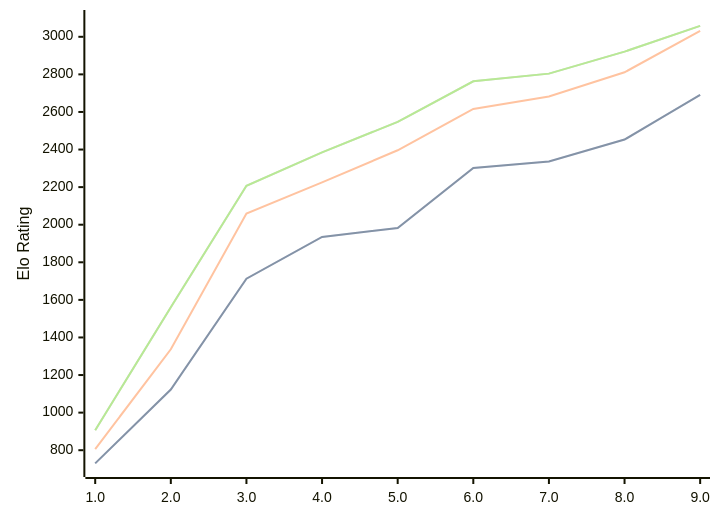
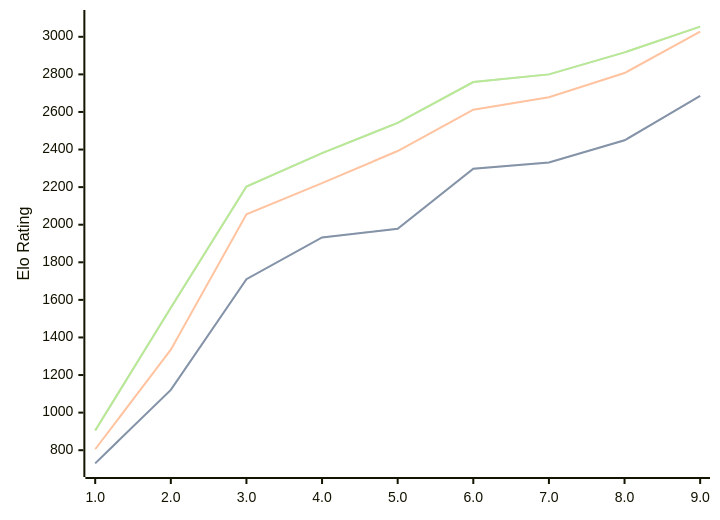
Before and after one commit to computer-chess-index/cci: the first of 3 diagrams in engines/Pea.md, drawn with Mermaid. The commit also changed other lines of this file, not shown here.

Commit message:
Update CCI Ratings (ELO VLTC) - 2026-07-16

````diff
--- a/engines/Pea.md
+++ b/engines/Pea.md
@@ -39,11 +39,11 @@
 ```mermaid
 %%{init: {"theme":"base","themeVariables":{"seriesColors:['#a3a3a3','#222221','#faa371']}}}%%
 xychart-beta
   x-axis ["1.0", "2.0", "3.0", "4.0", "5.0", "6.0", "7.0", "8.0", "9.0"]
   y-axis "Elo Rating" 700 --> 3100
-  line "STC (8.0+0.08s)" [730, 1123, 1713, 1935, 1982, 2302, 2336, 2453, 2691]
-  line "STC (8.0+0.08s)" [730, 1123, 1713, 1935, 1982, 2302, 2336, 2453, 2691]
-  line "LTC (60.0+0.60s)" [806, 1337, 2059, 2225, 2396, 2616, 2682, 2811, 3032]
-  line "VLTC (2m24s+1.12s)" [906, 1561, 2207, 2385, 2547, 2763, 2804, 2921, 3058]
-  line "VLTC (2m24s+1.12s)" [906, 1561, 2207, 2385, 2547, 2763, 2804, 2921, 3058]
+  line "STC (8.0+0.08s)" [730, 1121, 1710, 1932, 1978, 2298, 2331, 2449, 2685]
+  line "STC (8.0+0.08s)" [730, 1121, 1710, 1932, 1978, 2298, 2331, 2449, 2685]
+  line "LTC (60.0+0.60s)" [805, 1335, 2055, 2221, 2392, 2612, 2678, 2807, 3027]
+  line "VLTC (2m24s+1.12s)" [905, 1558, 2203, 2381, 2542, 2759, 2800, 2917, 3054]
+  line "VLTC (2m24s+1.12s)" [905, 1558, 2203, 2381, 2542, 2759, 2800, 2917, 3054]
 ```
````
